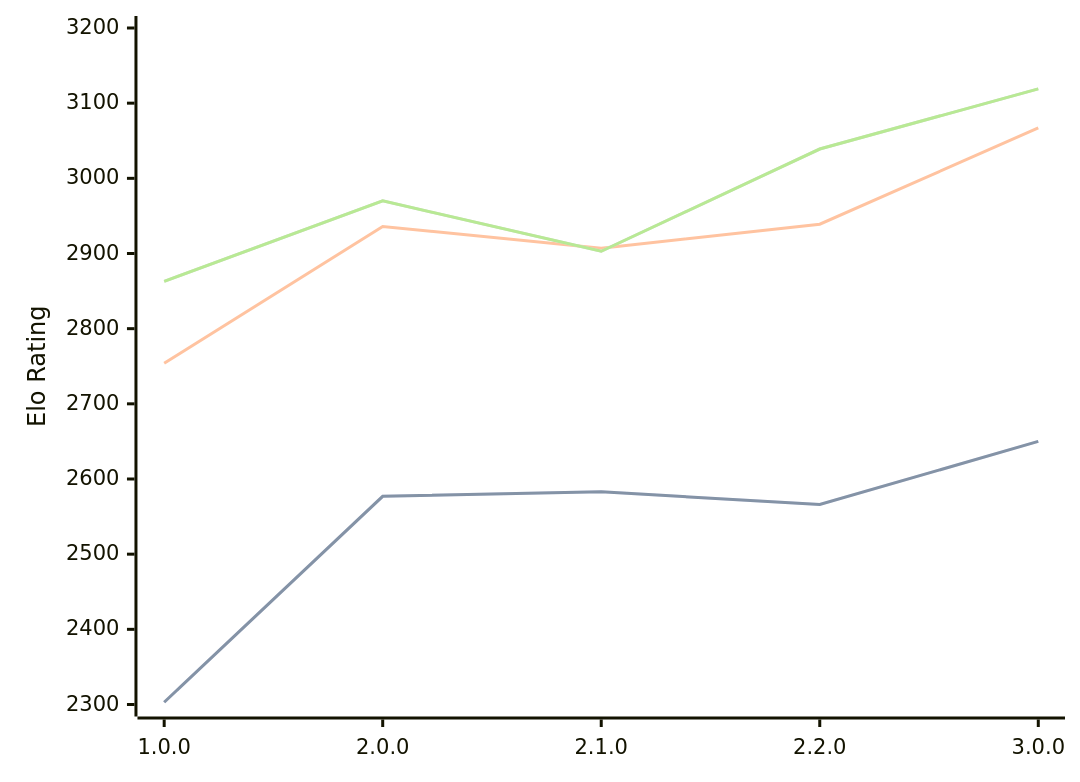
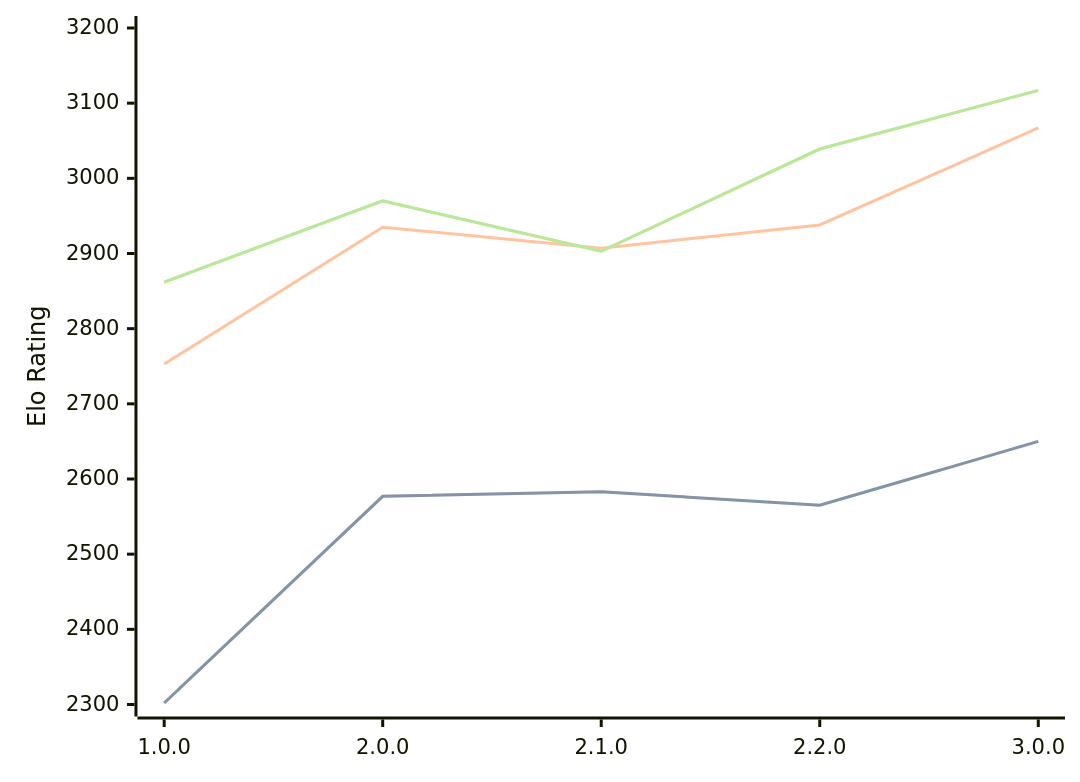
One commit to computer-chess-index/cci changed the third of 3 diagrams in engines/Catalyst.md. Above: the diagram before and after it, drawn with Mermaid. The commit also changed other lines of this file, not shown here.

Commit message:
Update CCI Ratings (ELO VLTC) - 2026-06-19

````diff
--- a/engines/Catalyst.md
+++ b/engines/Catalyst.md
@@ -68,11 +68,11 @@
 ```mermaid
 %%{init: {"theme":"base","themeVariables":{"seriesColors:['#a3a3a3','#222221','#faa371']}}}%%
 xychart-beta
   x-axis ["1.0.0", "2.0.0", "2.1.0", "2.2.0", "3.0.0"]
   y-axis "Elo Rating" 2300 --> 3200
-  line "STC (8.0+0.08s)" [2303, 2577, 2583, 2566, 2650]
-  line "STC (8.0+0.08s)" [2303, 2577, 2583, 2566, 2650]
-  line "LTC (60.0+0.60s)" [2754, 2936, 2907, 2939, 3067]
-  line "VLTC (2m24s+1.12s)" [2863, 2970, 2903, 3039, 3119]
-  line "VLTC (2m24s+1.12s)" [2863, 2970, 2903, 3039, 3119]
+  line "STC (8.0+0.08s)" [2302, 2577, 2583, 2565, 2650]
+  line "STC (8.0+0.08s)" [2302, 2577, 2583, 2565, 2650]
+  line "LTC (60.0+0.60s)" [2753, 2935, 2907, 2938, 3067]
+  line "VLTC (2m24s+1.12s)" [2862, 2970, 2903, 3039, 3117]
+  line "VLTC (2m24s+1.12s)" [2862, 2970, 2903, 3039, 3117]
 ```
````
